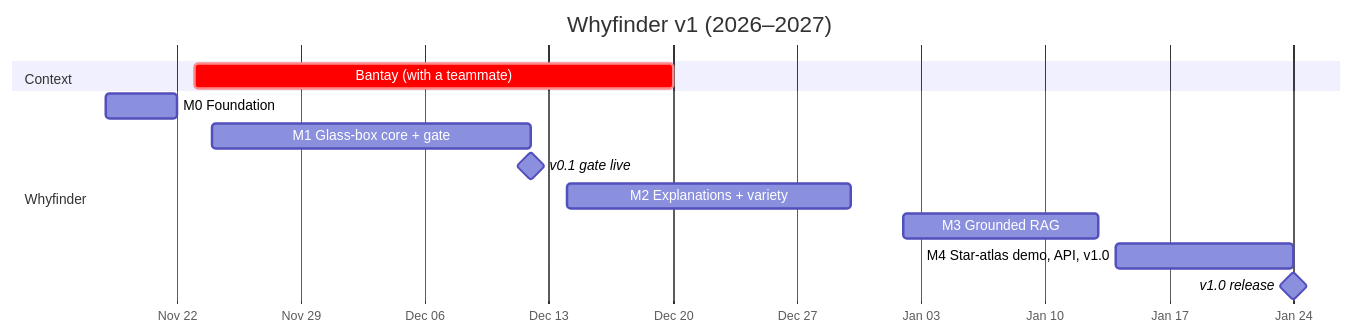
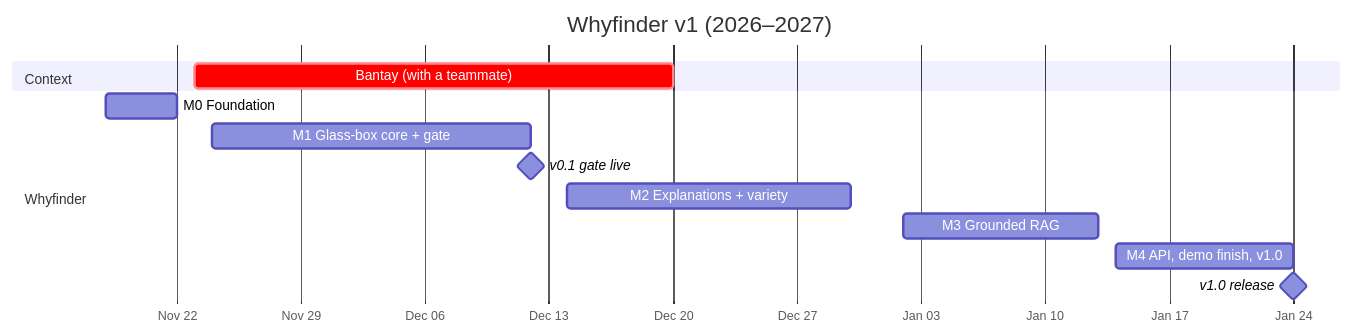
The diagram in docs/plan/ROADMAP.md (robertgeraldsenasin/whyfinder), drawn with Mermaid before and after one commit. The commit also changed other lines of this file and 13 other files, not shown here.

````diff
--- a/docs/plan/ROADMAP.md
+++ b/docs/plan/ROADMAP.md
@@ -7,16 +11,16 @@
 ```mermaid
 gantt
   title Whyfinder v1 (2026–2027)
   dateFormat YYYY-MM-DD
   axisFormat %b %d
   section Context
   Bantay (with a teammate)      :crit, 2026-11-23, 2026-12-20
   section Whyfinder
   M0 Foundation                 :m0, 2026-11-18, 2026-11-22
   M1 Glass-box core + gate      :m1, 2026-11-24, 2026-12-12
   v0.1 gate live                :milestone, 2026-12-12, 0d
   M2 Explanations + variety     :m2, 2026-12-14, 2026-12-30
   M3 Grounded RAG               :m3, 2027-01-02, 2027-01-13
-  M4 Star-atlas demo, API, v1.0 :m4, 2027-01-14, 2027-01-24
+  M4 API, demo finish, v1.0 :m4, 2027-01-14, 2027-01-24
   v1.0 release                  :milestone, 2027-01-24, 0d
 ```
````
